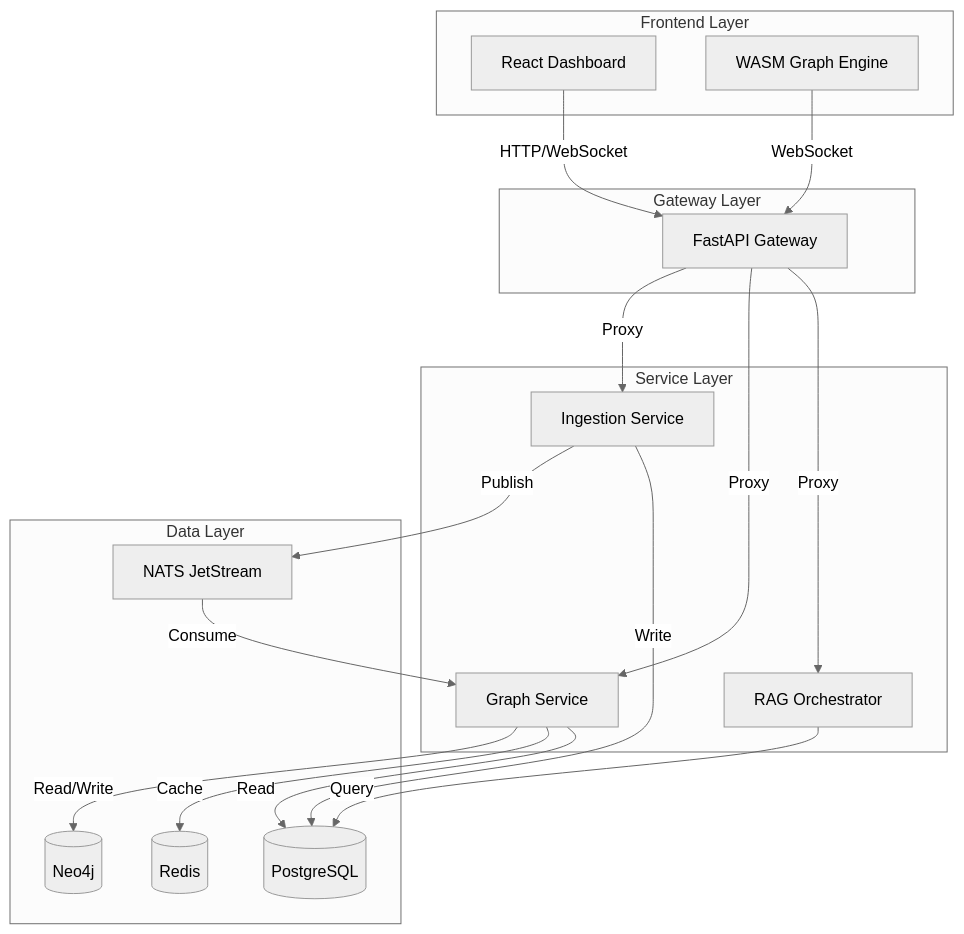
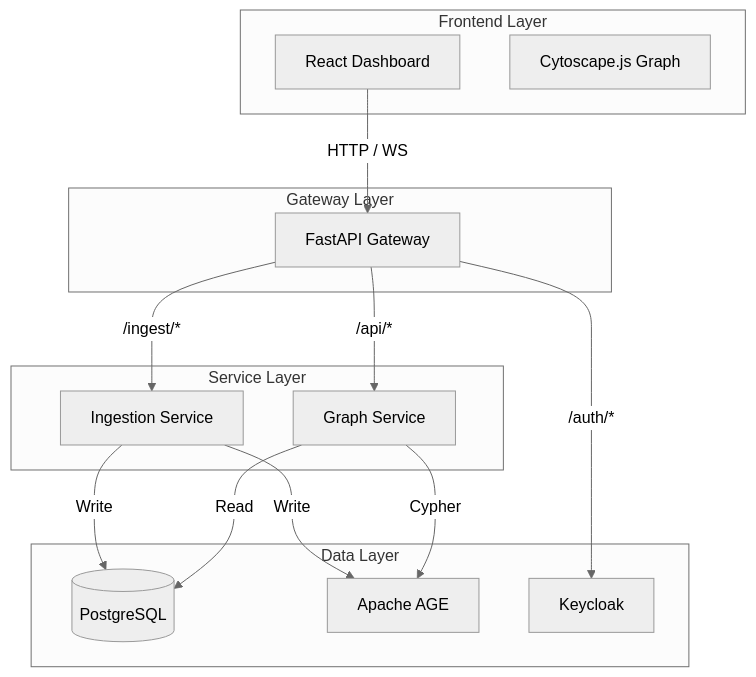
The diagram in docs/system-design/index.md (invariantcontinuum/substrate), drawn with Mermaid (neutral theme) before and after one commit. The commit also changed other lines of this file and 19 other files, not shown here.

Commit message:
docs: update mkdocs structure, remove rag-orchestrator, add developer-guide nav

````diff
--- a/docs/system-design/index.md
+++ b/docs/system-design/index.md
@@ -9,40 +9,33 @@
 ```mermaid
 flowchart TB
     subgraph Frontend["Frontend Layer"]
         UI[React Dashboard]
-        Graph[WASM Graph Engine]
+        CY[Cytoscape.js Graph]
     end
-    
+
     subgraph Gateway["Gateway Layer"]
         GW[FastAPI Gateway]
     end
-    
+
     subgraph Services["Service Layer"]
         ING[Ingestion Service]
         GRAPH[Graph Service]
-        RAG[RAG Orchestrator]
     end
-    
+
     subgraph Data["Data Layer"]
-        NEO4j[(Neo4j)]
         PG[(PostgreSQL)]
-        REDIS[(Redis)]
-        NATS[NATS JetStream]
+        AGE[Apache AGE]
+        KC[Keycloak]
     end
-    
-    UI -->|HTTP/WebSocket| GW
-    Graph -->|WebSocket| GW
-    
-    GW -->|Proxy| ING
-    GW -->|Proxy| GRAPH
-    GW -->|Proxy| RAG
-    
-    ING -->|Publish| NATS
-    NATS -->|Consume| GRAPH
-    
+
+    UI -->|HTTP / WS| GW
+
+    GW -->|/api/*| GRAPH
+    GW -->|/ingest/*| ING
+    GW -->|/auth/*| KC
+
     ING -->|Write| PG
-    GRAPH -->|Read/Write| NEO4j
-    GRAPH -->|Cache| REDIS
+    ING -->|Write| AGE
     GRAPH -->|Read| PG
-    RAG -->|Query| PG
+    GRAPH -->|Cypher| AGE
 ```
````
